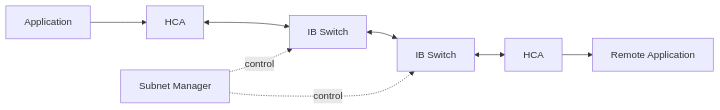
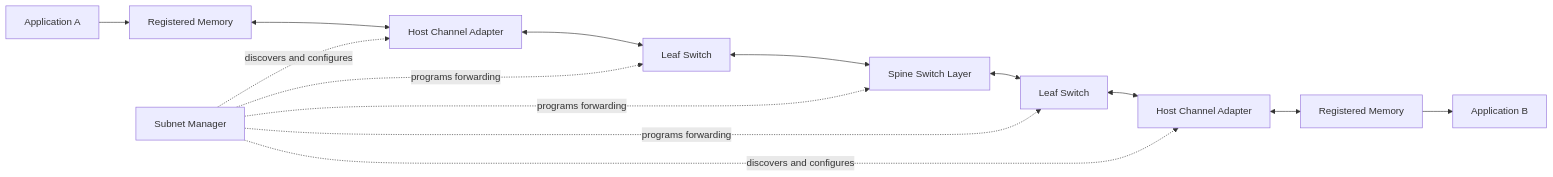
The first of 6 diagrams in docs/nvidia-zero-to-hero/volume-08/chapter-02-infiniband-architecture-and-link-layers.md (jithinpnjm/nvidia-devops), drawn with Mermaid before and after one commit. The commit also changed other lines of this file, not shown here.

````diff
--- a/docs/nvidia-zero-to-hero/volume-08/chapter-02-infiniband-architecture-and-link-layers.md
+++ b/docs/nvidia-zero-to-hero/volume-08/chapter-02-infiniband-architecture-and-link-layers.md
@@ -18,10 +59,24 @@
 ```mermaid
 flowchart LR
-    AppA[Application] --> HCAA[HCA]
-    HCAA <--> SW1[IB Switch]
-    SW1 <--> SW2[IB Switch]
-    SW2 <--> HCAB[HCA]
-    HCAB --> AppB[Remote Application]
-    SM[Subnet Manager] -. control .-> SW1
-    SM -. control .-> SW2
+    AppA[Application A]
+    MemA[Registered Memory]
+    HCAA[Host Channel Adapter]
+    LeafA[Leaf Switch]
+    Spine[Spine Switch Layer]
+    LeafB[Leaf Switch]
+    HCAB[Host Channel Adapter]
+    MemB[Registered Memory]
+    AppB[Application B]
+    SM[Subnet Manager]
+
+    AppA --> MemA
+    MemA <--> HCAA
+    HCAA <--> LeafA <--> Spine <--> LeafB <--> HCAB
+    HCAB <--> MemB
+    MemB --> AppB
+    SM -. discovers and configures .-> HCAA
+    SM -. programs forwarding .-> LeafA
+    SM -. programs forwarding .-> Spine
+    SM -. programs forwarding .-> LeafB
+    SM -. discovers and configures .-> HCAB
 ```
````
